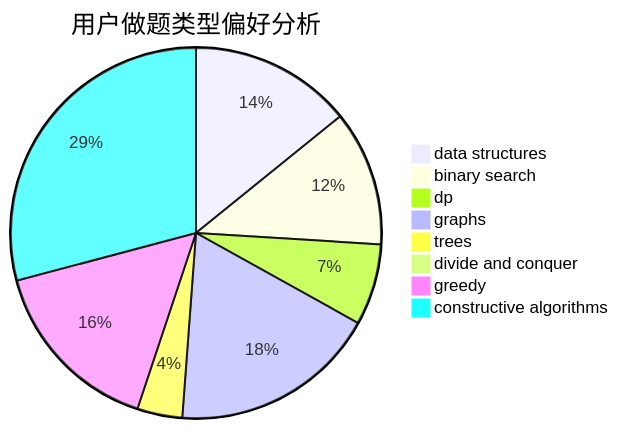
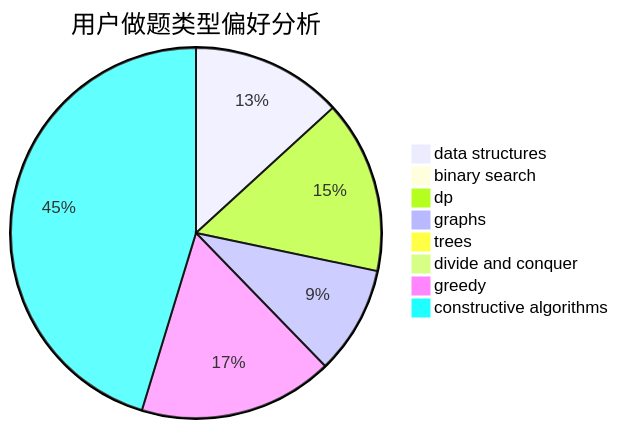
Before and after one commit to sherpahu/cfrs.github.io: the second of 3 diagrams in docs/user/u1473.md, drawn with Mermaid. The commit also changed other lines of this file and 2770 other files, not shown here.

````diff
--- a/docs/user/u1473.md
+++ b/docs/user/u1473.md
@@ -23,11 +23,11 @@
 ```mermaid
 pie title 用户做题类型偏好分析
-    "data structures" :  18
-    "binary search" :  15
-    "dp" :  9
-    "graphs" :  23
-    "trees" :  5
+    "data structures" :  7
+    "binary search" :  0
+    "dp" :  8
+    "graphs" :  5
+    "trees" :  0
     "divide and conquer" :  0
-    "greedy" :  20
-    "constructive algorithms" :  37
+    "greedy" :  9
+    "constructive algorithms" :  24
 ```
````
